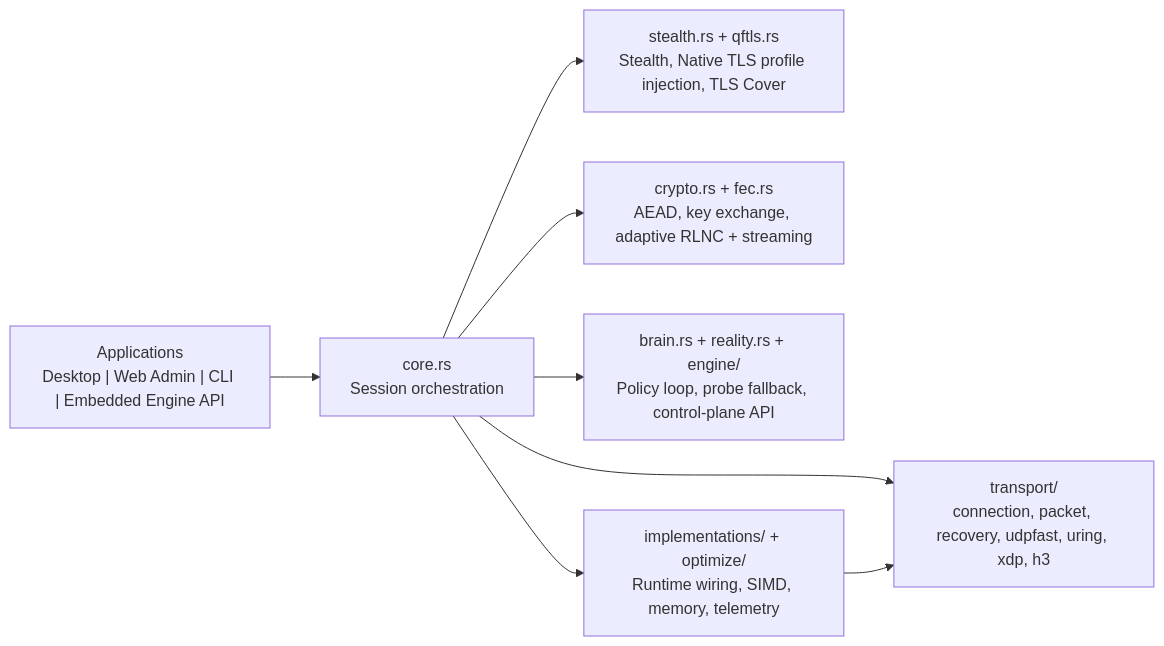
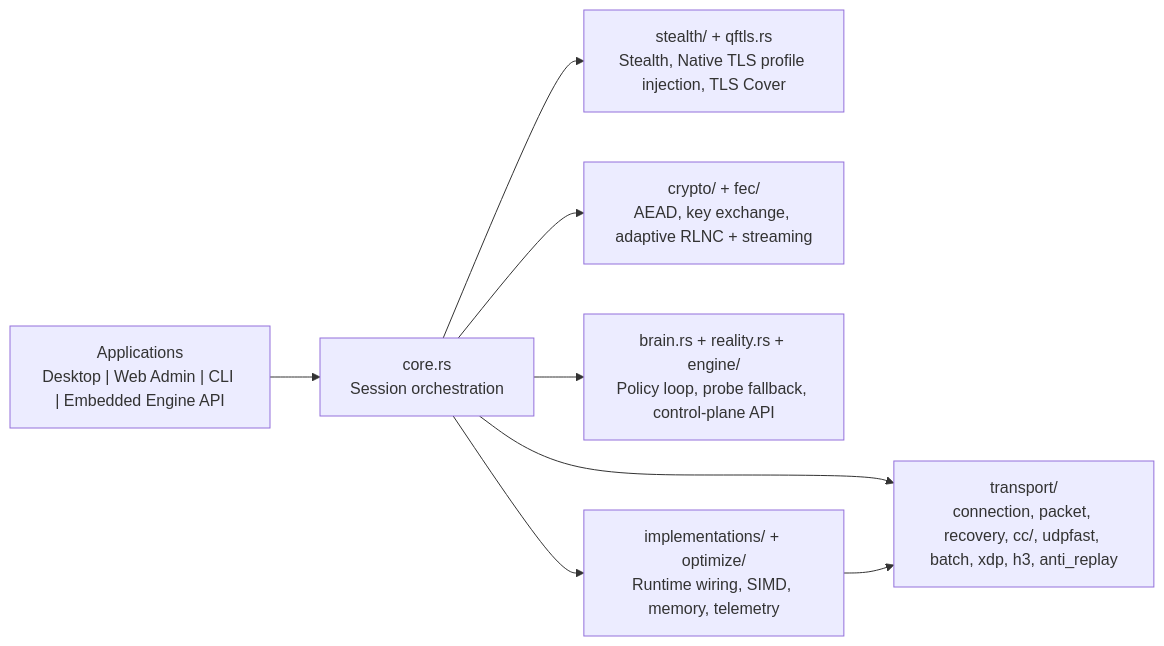
The diagram in README.md (Fhokud/QuicFuscate), drawn with Mermaid before and after one commit. The commit also changed other lines of this file and 629 other files, not shown here.

````diff
--- a/README.md
+++ b/README.md
@@ -137,18 +197,18 @@
 ```mermaid
 flowchart LR
   apps["Applications\nDesktop | Web Admin | CLI | Embedded Engine API"]
   core["core.rs\nSession orchestration"]
-  transport["transport/\nconnection, packet, recovery, udpfast, uring, xdp, h3"]
-  stealth["stealth.rs + qftls.rs\nStealth, Native TLS profile injection, TLS Cover"]
-  data["crypto.rs + fec.rs\nAEAD, key exchange, adaptive RLNC + streaming"]
+  transport["transport/\nconnection, packet, recovery, cc/, udpfast, batch, xdp, h3, anti_replay"]
+  stealth["stealth/ + qftls.rs\nStealth, Native TLS profile injection, TLS Cover"]
+  data["crypto/ + fec/\nAEAD, key exchange, adaptive RLNC + streaming"]
   control["brain.rs + reality.rs + engine/\nPolicy loop, probe fallback, control-plane API"]
   runtime["implementations/ + optimize/\nRuntime wiring, SIMD, memory, telemetry"]
 
   apps --> core
   core --> transport
   core --> stealth
   core --> data
   core --> control
   core --> runtime
   runtime --> transport
 ```
````
